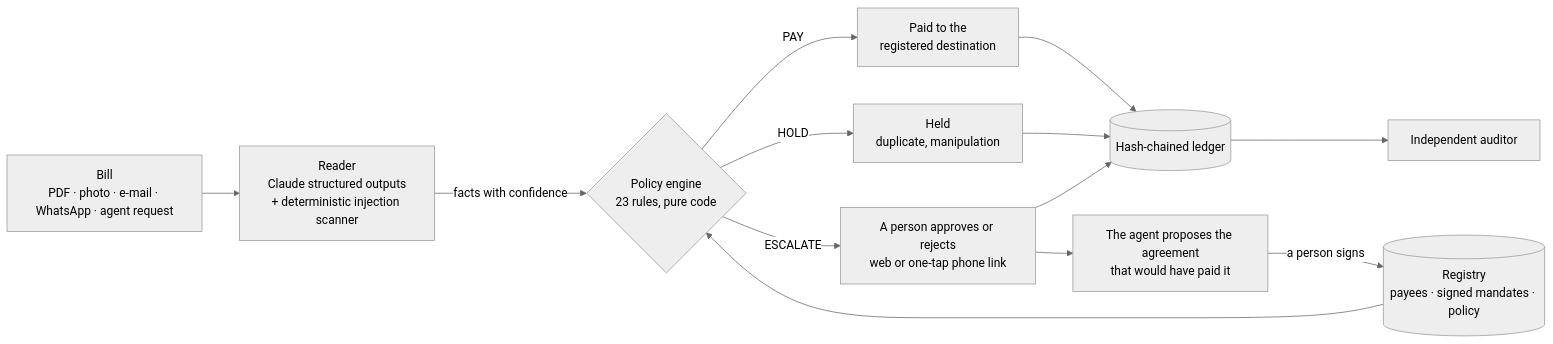
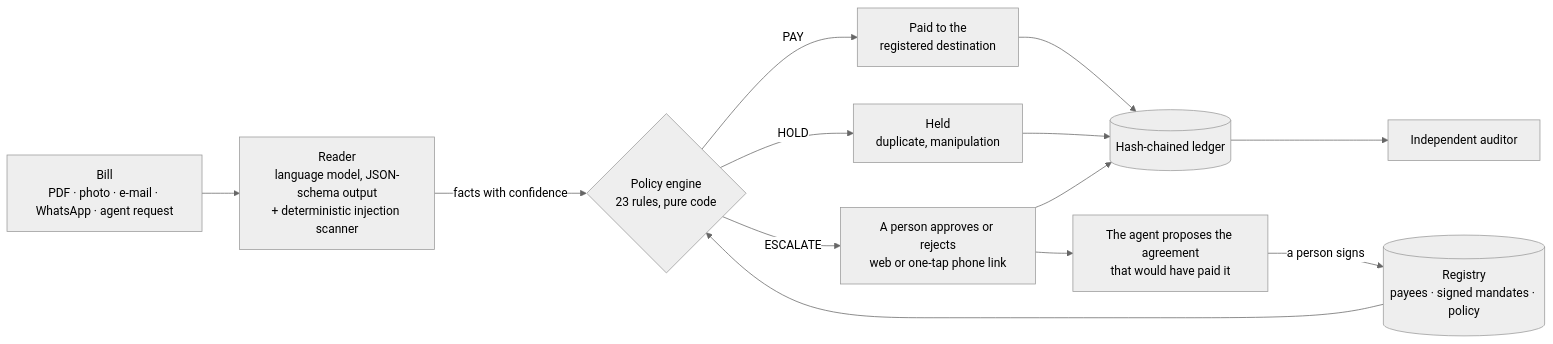
Before and after one commit to JuanMCanchala/hackathon_30x: the diagram in README.md, drawn with Mermaid (neutral theme). The commit also changed other lines of this file and 4 other files, not shown here.

````diff
--- a/README.md
+++ b/README.md
@@ -39,12 +42,12 @@
 ```mermaid
 flowchart LR
-  bill["Bill<br/>PDF · photo · e-mail · WhatsApp · agent request"] --> reader["Reader<br/>Claude structured outputs<br/>+ deterministic injection scanner"]
+  bill["Bill<br/>PDF · photo · e-mail · WhatsApp · agent request"] --> reader["Reader<br/>language model, JSON-schema output<br/>+ deterministic injection scanner"]
   reader -- "facts with confidence" --> engine{"Policy engine<br/>23 rules, pure code"}
   registry[("Registry<br/>payees · signed mandates · policy")] --> engine
   engine -- PAY --> paid["Paid to the<br/>registered destination"]
   engine -- HOLD --> held["Held<br/>duplicate, manipulation"]
   engine -- ESCALATE --> person["A person approves or rejects<br/>web or one-tap phone link"]
   person --> proposal["The agent proposes the agreement<br/>that would have paid it"]
   proposal -- "a person signs" --> registry
   paid & held & person --> ledger[("Hash-chained ledger")] --> auditor["Independent auditor"]
 ```
````
